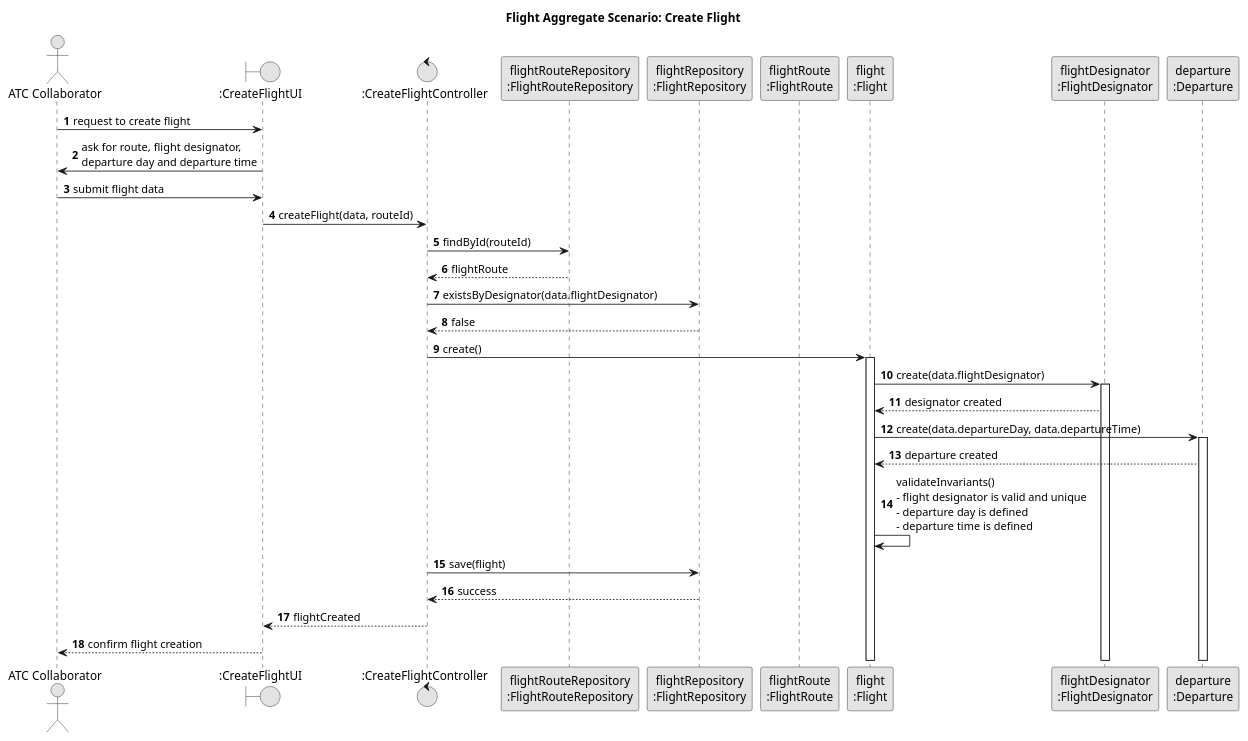
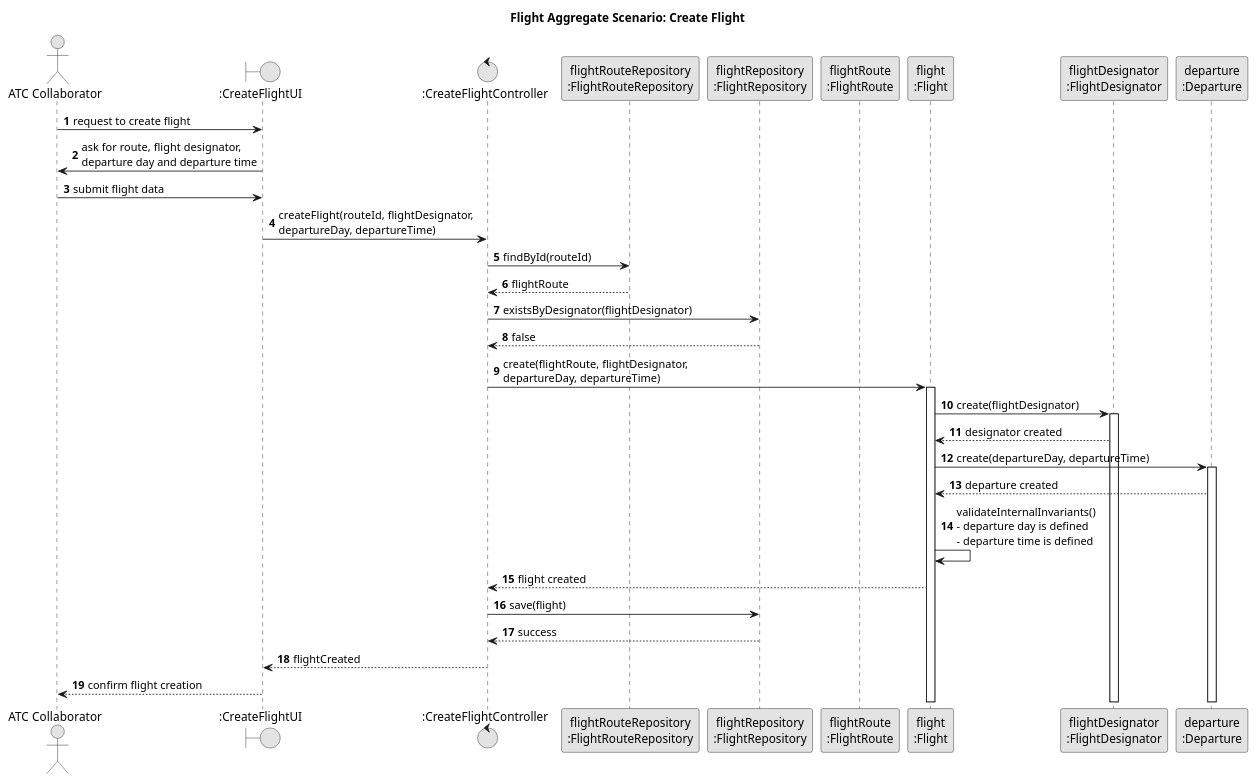
One commit to GustavoFerreira24/flight-management-platform changed the diagram in docs/global-artifacts/03.design/puml/FlightAggregate-SD.puml. Above: the diagram before and after it, drawn with PlantUML. The commit also changed 6 other files, not shown here.

Commit message:
US11(docs) SD edited the part of the Flight, FlightPlan and FlightRoute [#18][#19]

```diff
--- a/docs/global-artifacts/03.design/puml/FlightAggregate-SD.puml
+++ b/docs/global-artifacts/03.design/puml/FlightAggregate-SD.puml
@@ -1,48 +1,49 @@
 @startuml
 title Flight Aggregate Scenario: Create Flight
 
 skinparam monochrome true
 skinparam packageStyle rectangle
 skinparam shadowing false
 
 autonumber
 
 actor "ATC Collaborator" as ATC
 boundary ":CreateFlightUI" as UI
 control ":CreateFlightController" as C
 participant "flightRouteRepository\n:FlightRouteRepository" as RouteRepo
 participant "flightRepository\n:FlightRepository" as FlightRepo
 participant "flightRoute\n:FlightRoute" as Route
 participant "flight\n:Flight" as Flight
 participant "flightDesignator\n:FlightDesignator" as Designator
 participant "departure\n:Departure" as Departure
 
 ATC -> UI : request to create flight
 UI -> ATC : ask for route, flight designator,\ndeparture day and departure time
 
 ATC -> UI : submit flight data
-UI -> C : createFlight(data, routeId)
+UI -> C : createFlight(routeId, flightDesignator,\ndepartureDay, departureTime)
 
 C -> RouteRepo : findById(routeId)
 RouteRepo --> C : flightRoute
 
-C -> FlightRepo : existsByDesignator(data.flightDesignator)
+C -> FlightRepo : existsByDesignator(flightDesignator)
 FlightRepo --> C : false
 
-C -> Flight ++ : create()
+C -> Flight ++ : create(flightRoute, flightDesignator,\ndepartureDay, departureTime)
 
-Flight -> Designator ++ : create(data.flightDesignator)
+Flight -> Designator ++ : create(flightDesignator)
 Designator --> Flight : designator created
 
-Flight -> Departure ++ : create(data.departureDay, data.departureTime)
+Flight -> Departure ++ : create(departureDay, departureTime)
 Departure --> Flight : departure created
 
-Flight -> Flight : validateInvariants()\n- flight designator is valid and unique\n- departure day is defined\n- departure time is defined
+Flight -> Flight : validateInternalInvariants()\n- departure day is defined\n- departure time is defined
+Flight --> C : flight created
 
 C -> FlightRepo : save(flight)
 FlightRepo --> C : success
 
 C --> UI : flightCreated
 UI --> ATC : confirm flight creation
 
 @enduml
```
